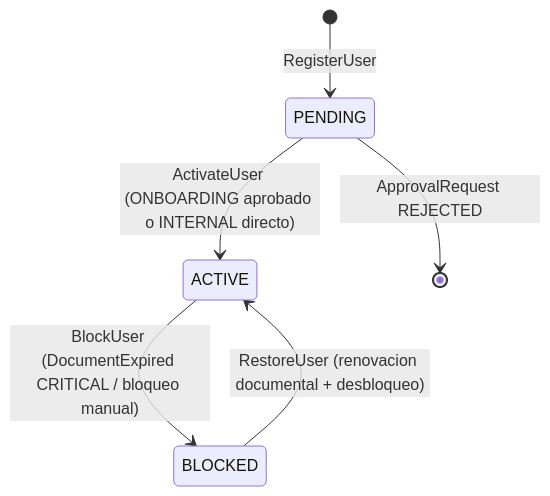
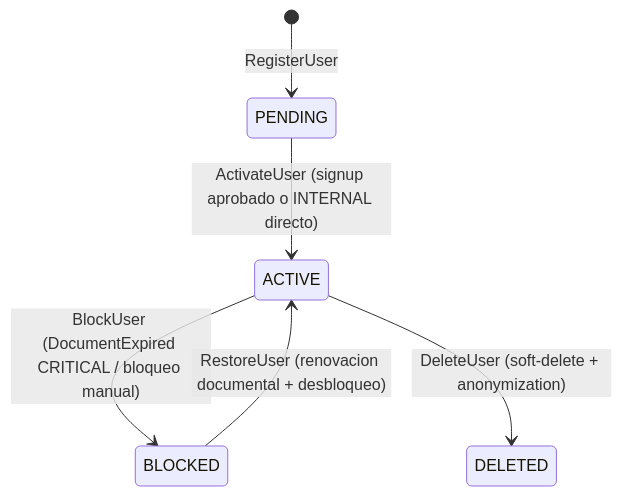
The seventh of 9 diagrams in docs/governance/construction/ddd-design/03-identity-context.md (beyondnetcode/ums), drawn with Mermaid before and after one commit. The commit also changed other lines of this file and 14 other files, not shown here.

Commit message:
docs(onboarding): align domain and ER models

````diff
--- a/docs/governance/construction/ddd-design/03-identity-context.md
+++ b/docs/governance/construction/ddd-design/03-identity-context.md
@@ -283,8 +347,8 @@
 ```mermaid
 stateDiagram-v2
     [*] --> PENDING : RegisterUser
-    PENDING --> ACTIVE : ActivateUser (ONBOARDING aprobado o INTERNAL directo)
+    PENDING --> ACTIVE : ActivateUser (signup aprobado o INTERNAL directo)
     ACTIVE --> BLOCKED : BlockUser (DocumentExpired CRITICAL / bloqueo manual)
     BLOCKED --> ACTIVE : RestoreUser (renovacion documental + desbloqueo)
-    PENDING --> [*] : ApprovalRequest REJECTED
+    ACTIVE --> DELETED : DeleteUser (soft-delete + anonymization)
 ```
````
